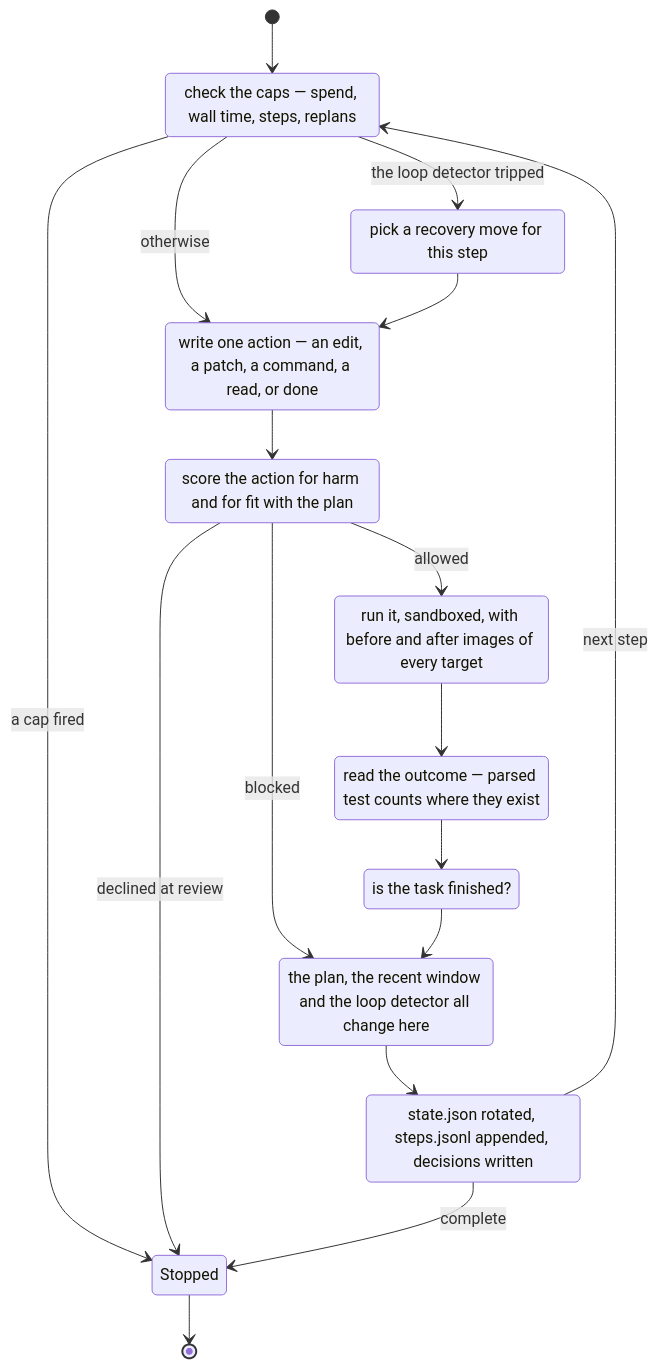
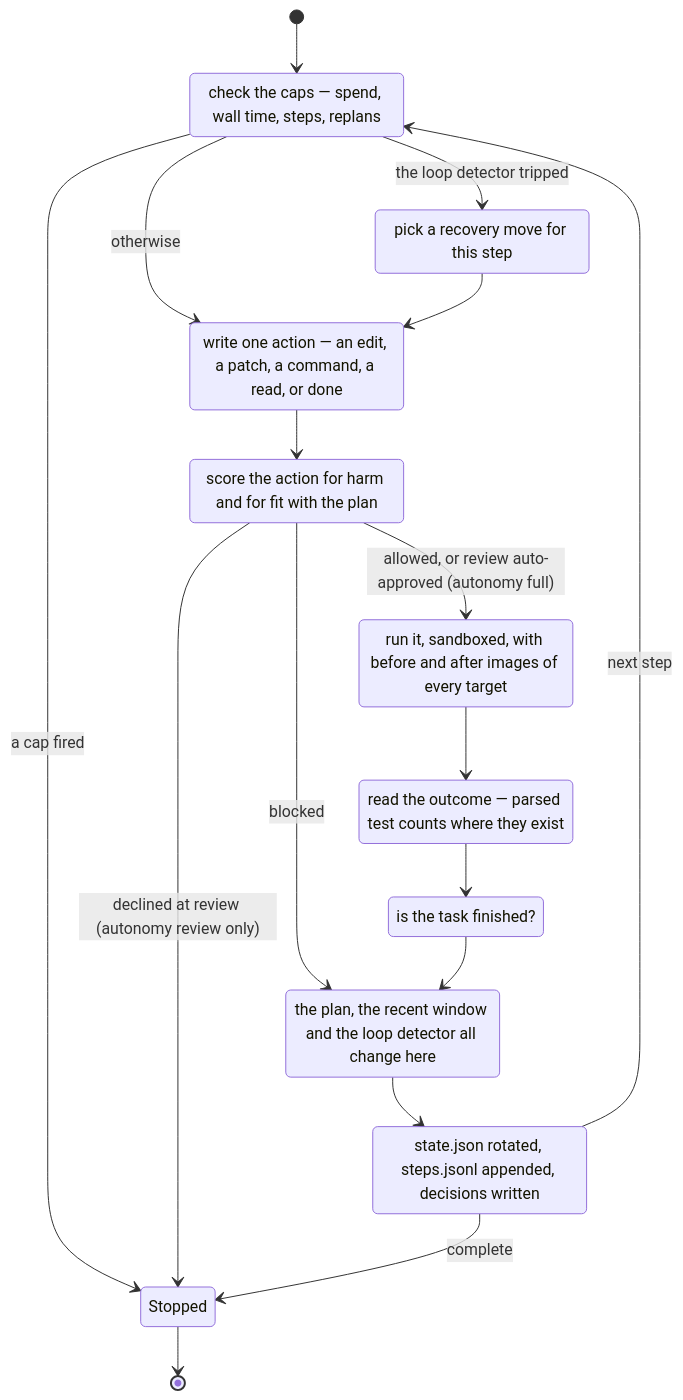
The second of 2 diagrams in docs/getting-started/first-run.md (coasty-ai/JevCode), drawn with Mermaid before and after one commit. The commit also changed other lines of this file and 3 other files, not shown here.

````diff
--- a/docs/getting-started/first-run.md
+++ b/docs/getting-started/first-run.md
@@ -85,29 +104,29 @@
 ```mermaid
 stateDiagram-v2
     direction TB
     [*] --> Budgets
     Budgets: check the caps — spend, wall time, steps, replans
     Budgets --> Stopped: a cap fired
     Budgets --> Replan: the loop detector tripped
     Budgets --> Propose: otherwise
     Replan: pick a recovery move for this step
     Replan --> Propose
     Propose: write one action — an edit, a patch, a command, a read, or done
     Propose --> Risk
     Risk: score the action for harm and for fit with the plan
     Risk --> Commit: blocked
-    Risk --> Stopped: declined at review
-    Risk --> Execute: allowed
+    Risk --> Stopped: declined at review (autonomy review only)
+    Risk --> Execute: allowed, or review auto-approved (autonomy full)
     Execute: run it, sandboxed, with before and after images of every target
     Execute --> Judge
     Judge: read the outcome — parsed test counts where they exist
     Judge --> Complete
     Complete: is the task finished?
     Complete --> Commit
     Commit: the plan, the recent window and the loop detector all change here
     Commit --> Checkpoint
     Checkpoint: state.json rotated, steps.jsonl appended, decisions written
     Checkpoint --> Stopped: complete
     Checkpoint --> Budgets: next step
     Stopped --> [*]
 ```
````
